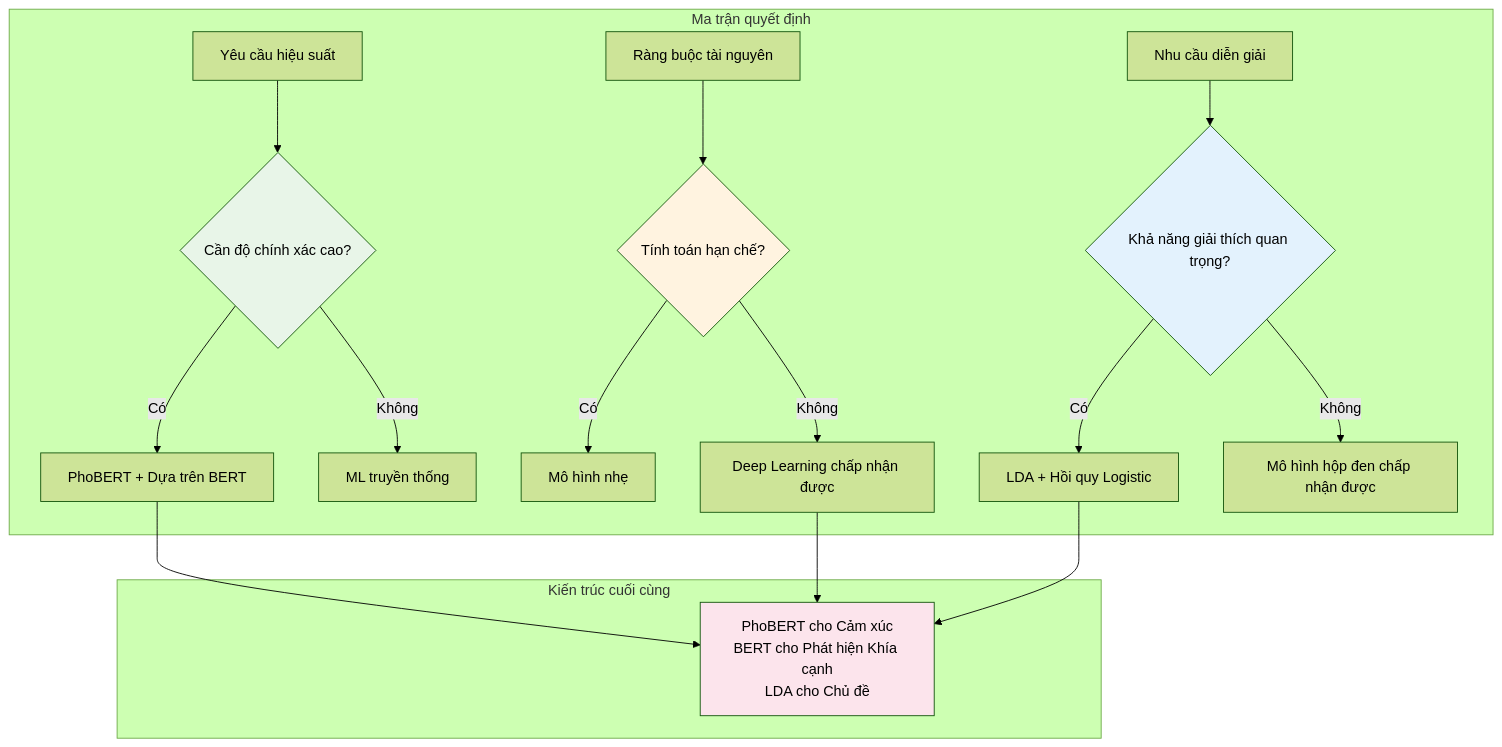
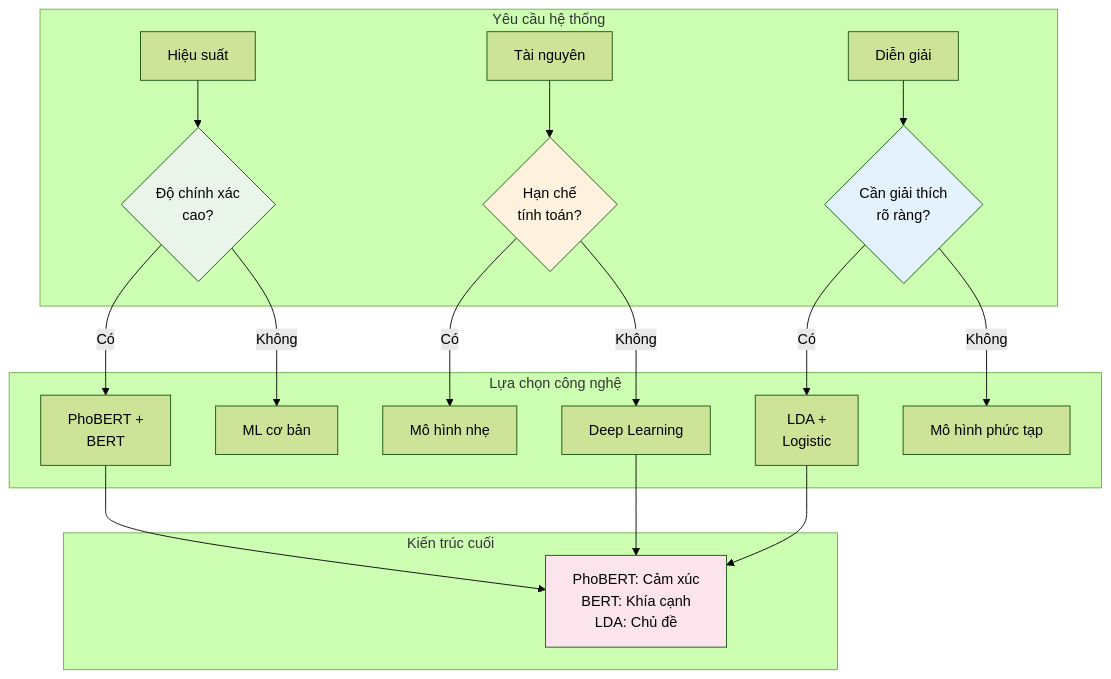
Before and after one commit to UIT-June-2025-Nhom-8/Project_AI_Thinking: the second of 10 diagrams in docs/Phan_Tich_Tong_Quat/PhanTichBaiToan_AIThinking_ChuanHoa.MD, drawn with Mermaid (forest theme). The commit also changed other lines of this file and 1 other file, not shown here.

Commit message:
update chart

````diff
--- a/docs/Phan_Tich_Tong_Quat/PhanTichBaiToan_AIThinking_ChuanHoa.MD
+++ b/docs/Phan_Tich_Tong_Quat/PhanTichBaiToan_AIThinking_ChuanHoa.MD
@@ -103,30 +106,32 @@
 ```mermaid
 graph TD
-    subgraph "Ma trận quyết định"
-        A[Yêu cầu hiệu suất] --> D{Cần độ chính xác cao?}
-        B[Ràng buộc tài nguyên] --> E{Tính toán hạn chế?}
-        C[Nhu cầu diễn giải] --> F{Khả năng giải thích quan trọng?}
-        
-        D -->|Có| G[PhoBERT + Dựa trên BERT]
-        D -->|Không| H[ML truyền thống]
+    subgraph "Yêu cầu hệ thống"
+        A[Hiệu suất] --> D{Độ chính xác<br/>cao?}
+        B[Tài nguyên] --> E{Hạn chế<br/>tính toán?}
+        C[Diễn giải] --> F{Cần giải thích<br/>rõ ràng?}
+    end
+    
+    subgraph "Lựa chọn công nghệ"
+        D -->|Có| G[PhoBERT +<br/>BERT]
+        D -->|Không| H[ML cơ bản]
         
         E -->|Có| I[Mô hình nhẹ]
-        E -->|Không| J[Deep Learning chấp nhận được]
+        E -->|Không| J[Deep Learning]
         
-        F -->|Có| K[LDA + Hồi quy Logistic]
-        F -->|Không| L[Mô hình hộp đen chấp nhận được]
+        F -->|Có| K[LDA +<br/>Logistic]
+        F -->|Không| L[Mô hình phức tạp]
     end
     
-    subgraph "Kiến trúc cuối cùng"
-        M[PhoBERT cho Cảm xúc<br/>BERT cho Phát hiện Khía cạnh<br/>LDA cho Chủ đề]
+    subgraph "Kiến trúc cuối"
+        M[PhoBERT: Cảm xúc<br/>BERT: Khía cạnh<br/>LDA: Chủ đề]
     end
     
     G --> M
     J --> M
     K --> M
     
     style M fill:#fce4ec
     style D fill:#e8f5e8
     style E fill:#fff3e0
     style F fill:#e3f2fd
 ```
````
